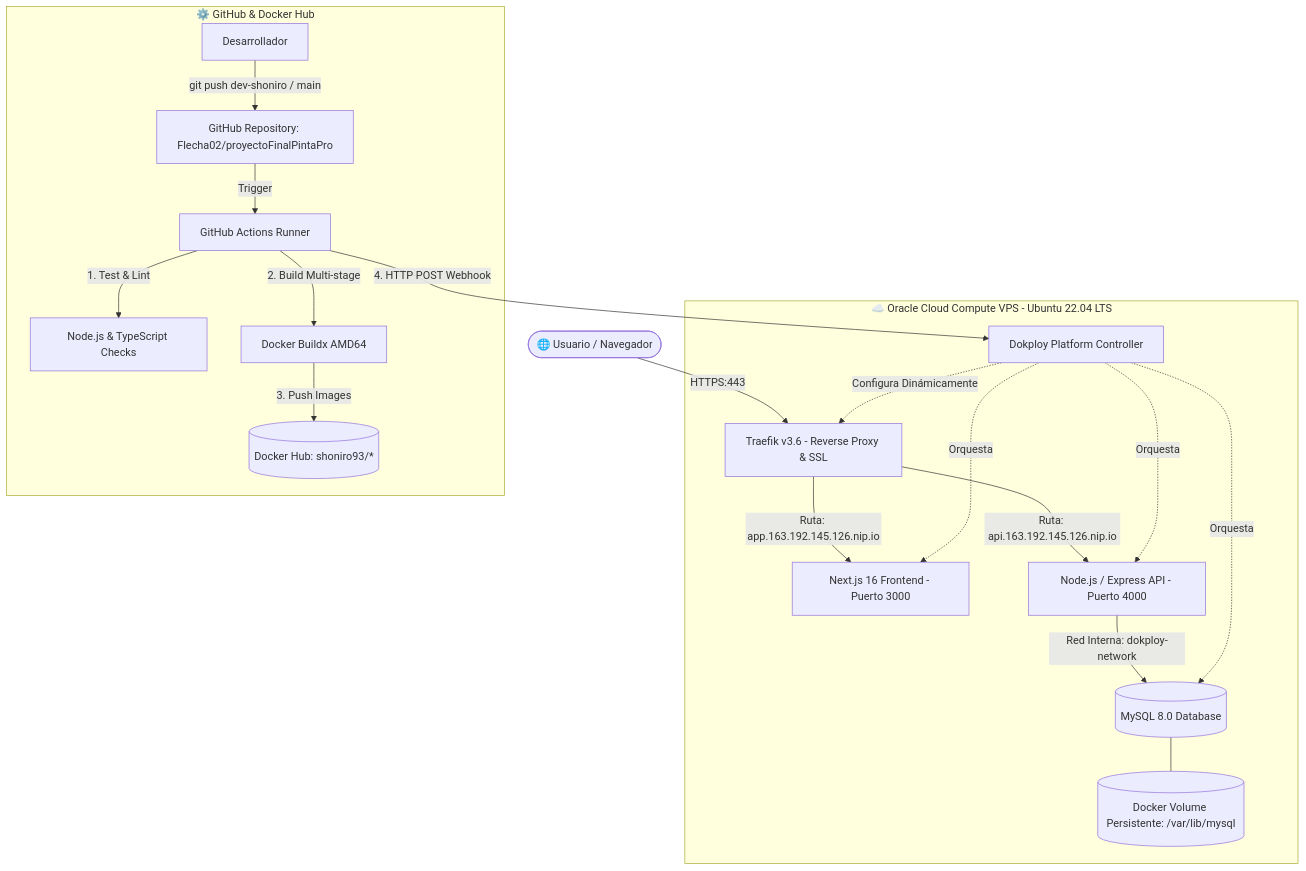
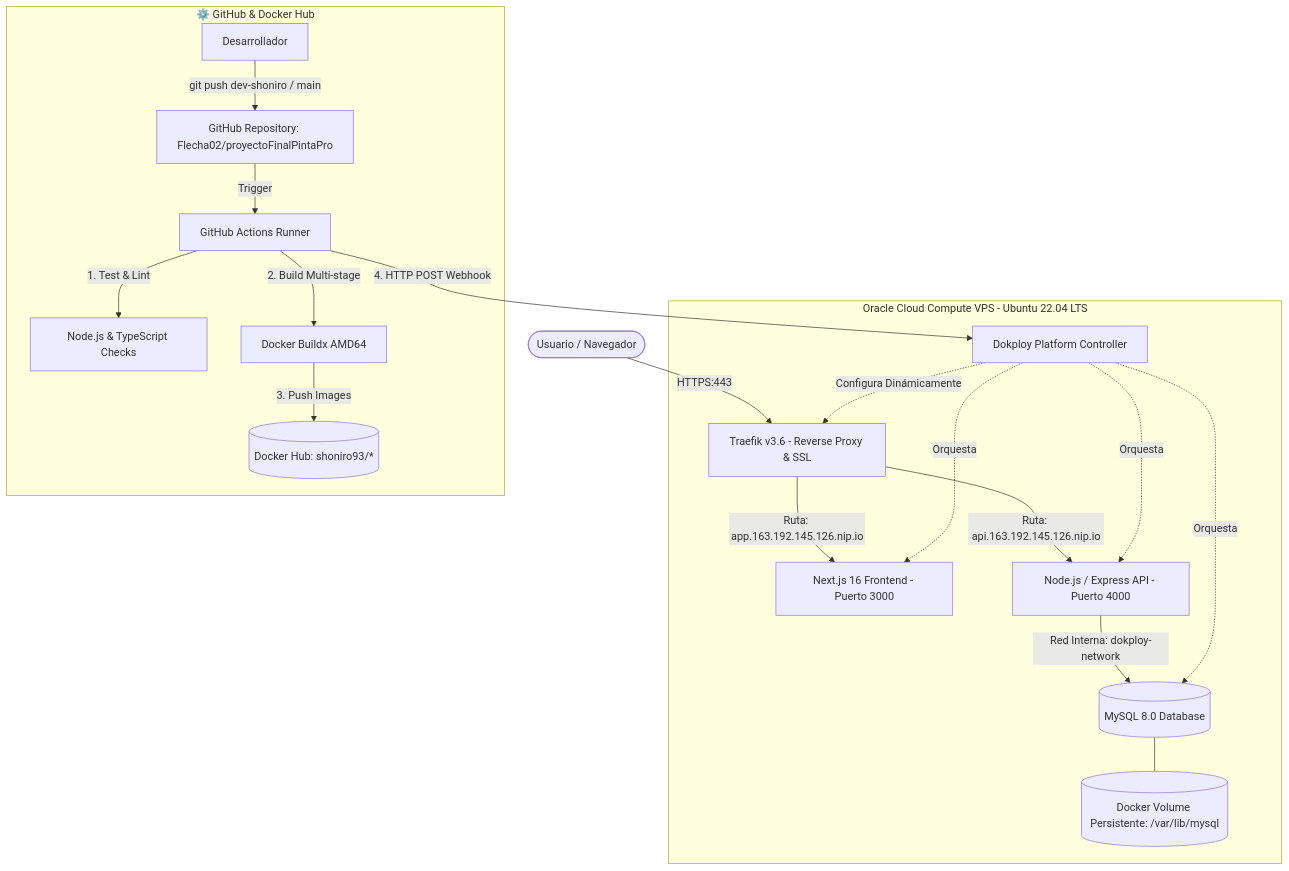
The diagram in DOCUMENTACION_TECNICA.md (Flecha02/proyectoFinalPintaPro), drawn with Mermaid before and after one commit. The commit also changed other lines of this file and 1 other file, not shown here.

Commit message:
Cambio de boton

````diff
--- a/DOCUMENTACION_TECNICA.md
+++ b/DOCUMENTACION_TECNICA.md
@@ -30,26 +30,26 @@
 ```mermaid
 graph TD
-    User([🌐 Usuario / Navegador]) -->|HTTPS:443| Traefik[Traefik v3.6 - Reverse Proxy & SSL]
+    User([Usuario / Navegador]) -->|HTTPS:443| Traefik[Traefik v3.6 - Reverse Proxy & SSL]
     
-    subgraph Oracle Cloud VPS [☁️ Oracle Cloud Compute VPS - Ubuntu 22.04 LTS]
+    subgraph Oracle Cloud VPS [Oracle Cloud Compute VPS - Ubuntu 22.04 LTS]
         Traefik -->|Ruta: app.163.192.145.126.nip.io| Frontend[Next.js 16 Frontend - Puerto 3000]
         Traefik -->|Ruta: api.163.192.145.126.nip.io| Backend[Node.js / Express API - Puerto 4000]
         
         Backend -->|Red Interna: dokploy-network| DB[(MySQL 8.0 Database)]
         DB --- Vol[(Docker Volume Persistente: /var/lib/mysql)]
         
         DokployService[Dokploy Platform Controller] -.->|Orquesta| Frontend
         DokployService -.->|Orquesta| Backend
         DokployService -.->|Orquesta| DB
         DokployService -.->|Configura Dinámicamente| Traefik
     end
 
     subgraph CI/CD Pipeline [⚙️ GitHub & Docker Hub]
         Dev[Desarrollador] -->|git push dev-shoniro / main| GitHubRepo[GitHub Repository: Flecha02/proyectoFinalPintaPro]
         GitHubRepo -->|Trigger| GHA[GitHub Actions Runner]
         GHA -->|1. Test & Lint| SyntaxCheck[Node.js & TypeScript Checks]
         GHA -->|2. Build Multi-stage| DockerBuild[Docker Buildx AMD64]
         DockerBuild -->|3. Push Images| DockerHub[(Docker Hub: shoniro93/*)]
         GHA -->|4. HTTP POST Webhook| DokployService
     end
 ```
````
